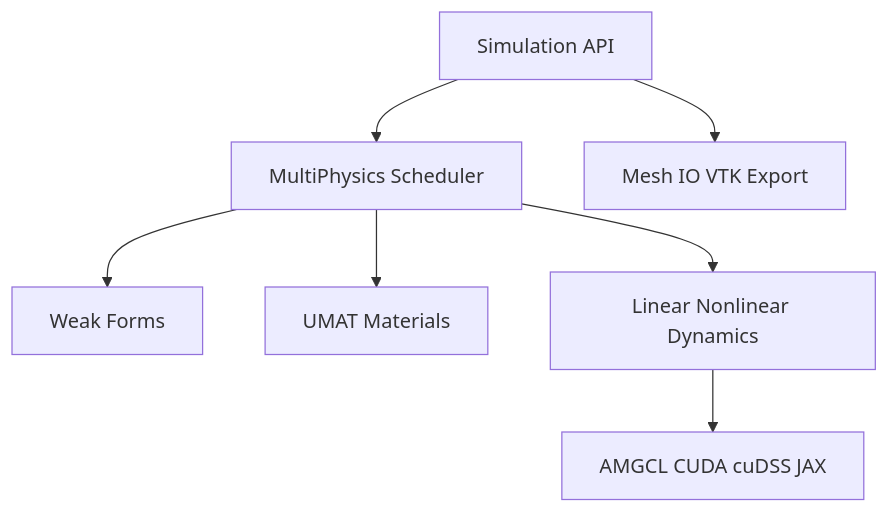
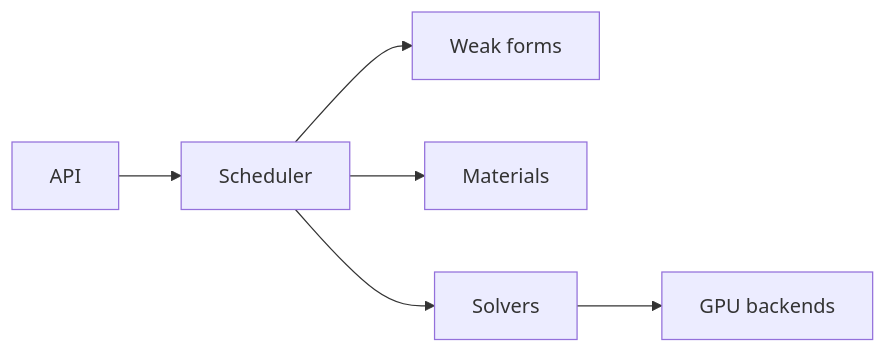
One commit to zclsjtu/DiffSolid changed the diagram in docs/index.md. Above: the diagram before and after it, drawn with Mermaid. The commit also changed other lines of this file and 2 other files, not shown here.

````diff
--- a/docs/index.md
+++ b/docs/index.md
@@ -65,9 +62,8 @@
 ```mermaid
-flowchart TB
-  api[Simulation API] --> systems[MultiPhysics Scheduler]
-  systems --> equations[Weak Forms]
-  systems --> materials[UMAT Materials]
-  systems --> solvers[Linear Nonlinear Dynamics]
-  solvers --> gpu[AMGCL CUDA cuDSS JAX]
-  api --> io[Mesh IO VTK Export]
+flowchart LR
+  api[API] --> sched[Scheduler]
+  sched --> eq[Weak forms]
+  sched --> mat[Materials]
+  sched --> sol[Solvers]
+  sol --> gpu[GPU backends]
 ```
````
